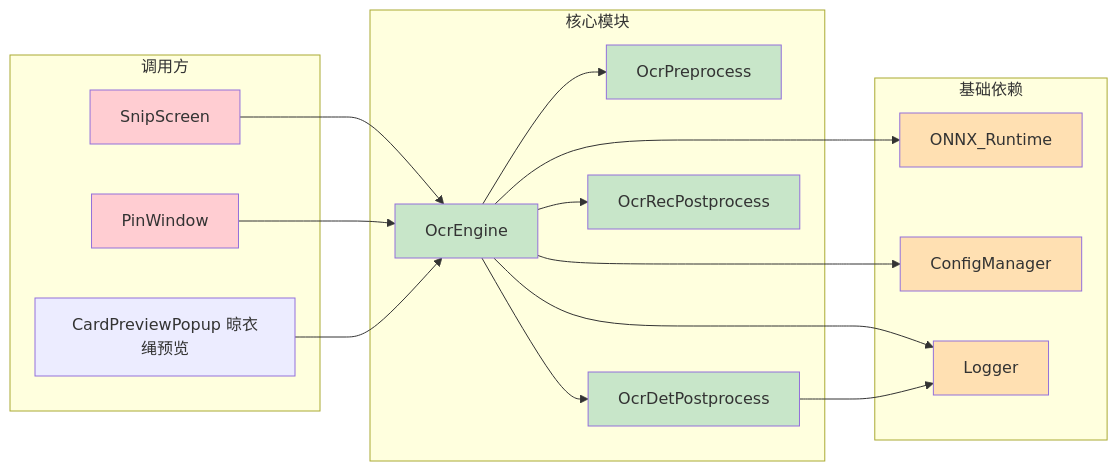
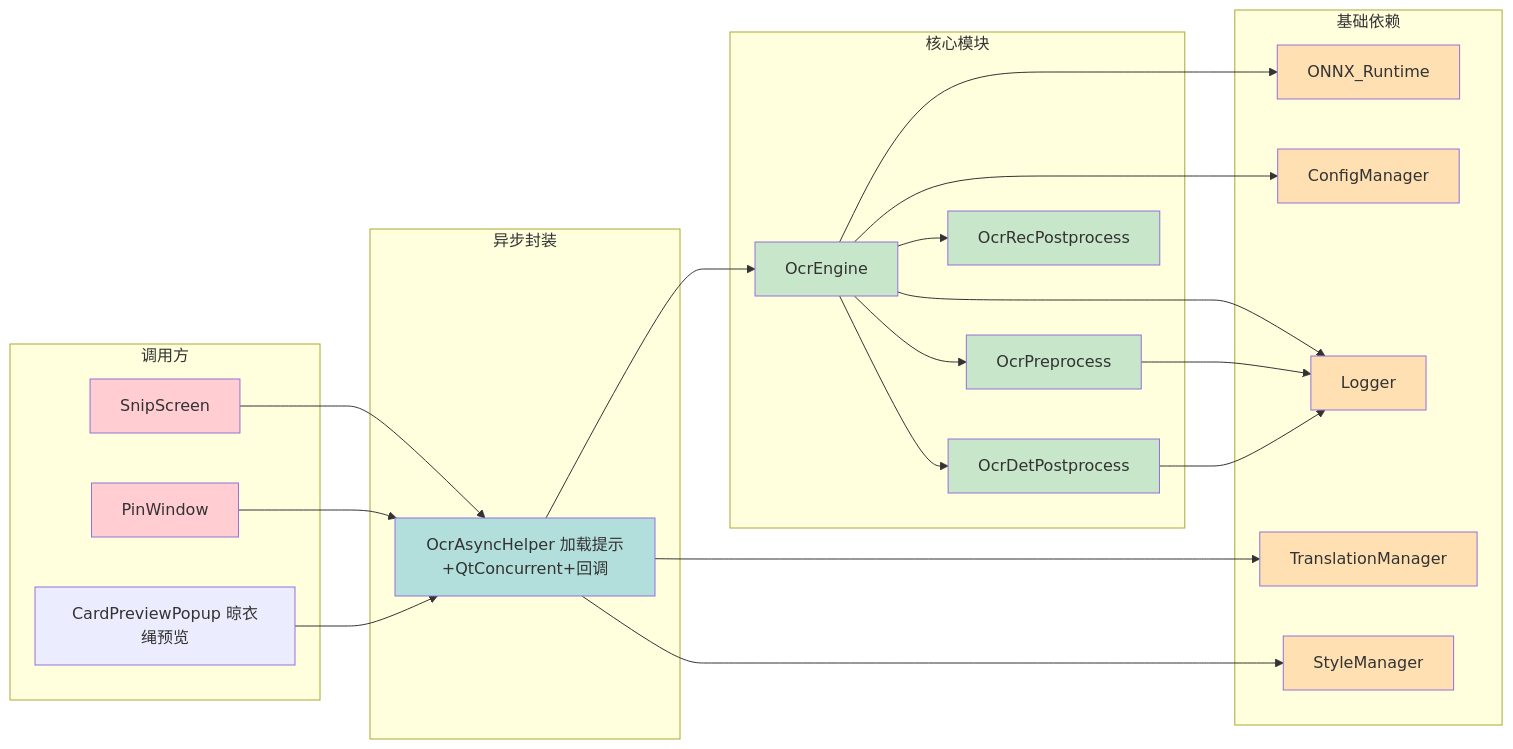
Before and after one commit to ChiangyangNPU/quick-shot: the second of 11 diagrams in docs/ocr.md, drawn with Mermaid. The commit also changed other lines of this file and 3 other files, not shown here.

````diff
--- a/docs/ocr.md
+++ b/docs/ocr.md
@@ -96,42 +96,55 @@
 ```mermaid
 graph LR
     subgraph 调用方
         SnipScreen
         PinWindow
         CardPreviewPopup[CardPreviewPopup 晾衣绳预览]
+    end
+
+    subgraph 异步封装
+        OcrAsyncHelper[OcrAsyncHelper 加载提示+QtConcurrent+回调]
     end
 
     subgraph 核心模块
         OcrEngine
         OcrPreprocess
         OcrDetPostprocess
         OcrRecPostprocess
     end
 
     subgraph 基础依赖
         ONNX_Runtime
         ConfigManager
         Logger
+        TranslationManager
+        StyleManager
     end
 
-    SnipScreen --> OcrEngine
-    PinWindow --> OcrEngine
-    CardPreviewPopup --> OcrEngine
+    SnipScreen --> OcrAsyncHelper
+    PinWindow --> OcrAsyncHelper
+    CardPreviewPopup --> OcrAsyncHelper
+    OcrAsyncHelper --> OcrEngine
+    OcrAsyncHelper --> TranslationManager
+    OcrAsyncHelper --> StyleManager
     OcrEngine --> OcrPreprocess
     OcrEngine --> OcrDetPostprocess
     OcrEngine --> OcrRecPostprocess
     OcrEngine --> ONNX_Runtime
     OcrEngine --> ConfigManager
     OcrEngine --> Logger
+    OcrPreprocess --> Logger
     OcrDetPostprocess --> Logger
 
     style SnipScreen fill:#ffcdd2
     style PinWindow fill:#ffcdd2
+    style OcrAsyncHelper fill:#b2dfdb
     style OcrEngine fill:#c8e6c9
     style OcrPreprocess fill:#c8e6c9
     style OcrDetPostprocess fill:#c8e6c9
     style OcrRecPostprocess fill:#c8e6c9
     style ONNX_Runtime fill:#ffe0b2
     style ConfigManager fill:#ffe0b2
     style Logger fill:#ffe0b2
+    style TranslationManager fill:#ffe0b2
+    style StyleManager fill:#ffe0b2
 ```
````
